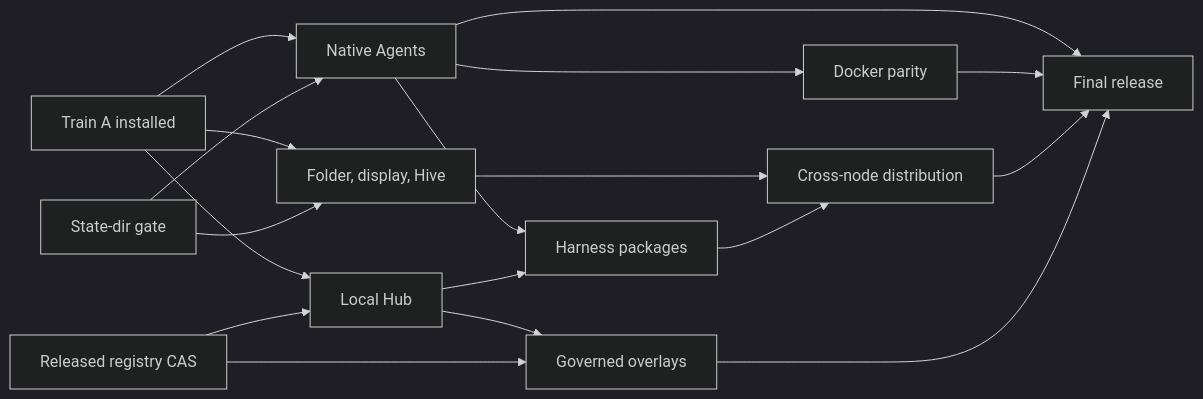
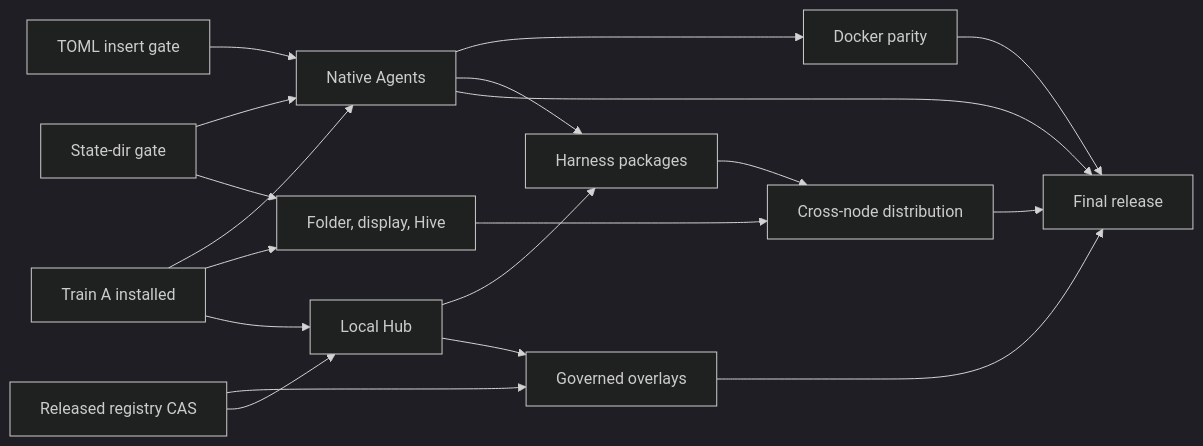
The diagram in docs/FINISH_PLAN.md (wippyai/bee), drawn with Mermaid (dark theme) before and after one commit. The commit also changed other lines of this file, not shown here.

````diff
--- a/docs/FINISH_PLAN.md
+++ b/docs/FINISH_PLAN.md
@@ -102,20 +113,21 @@
 ```mermaid
 flowchart LR
     A[Train A installed] --> N[Native Agents]
     A --> T[Folder, display, Hive]
     A --> H[Local Hub]
     S[State-dir gate] --> N
+    M[TOML insert gate] --> N
     S --> T
     N --> X[Docker parity]
     N --> P[Harness packages]
     H --> P
     T --> D[Cross-node distribution]
     P --> D
     H --> O[Governed overlays]
     C[Released registry CAS] --> O
     C --> H
     N --> R[Final release]
     X --> R
     D --> R
     O --> R
 ```
````
